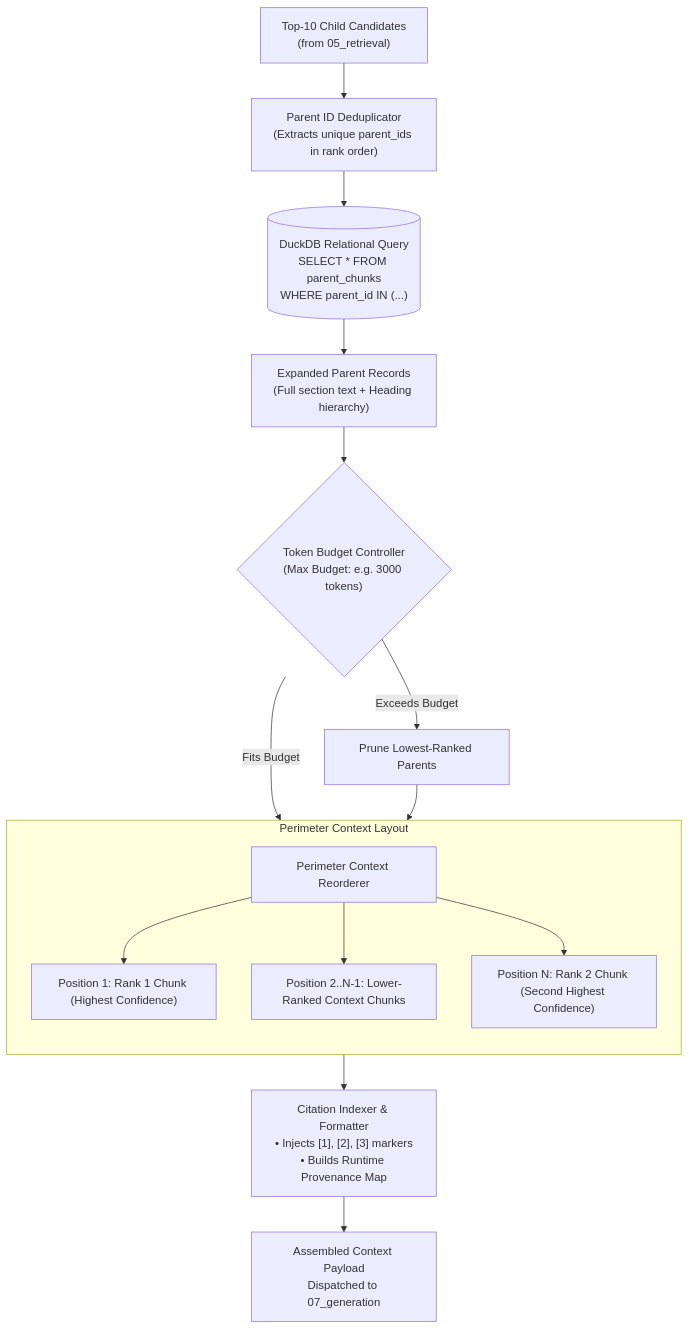
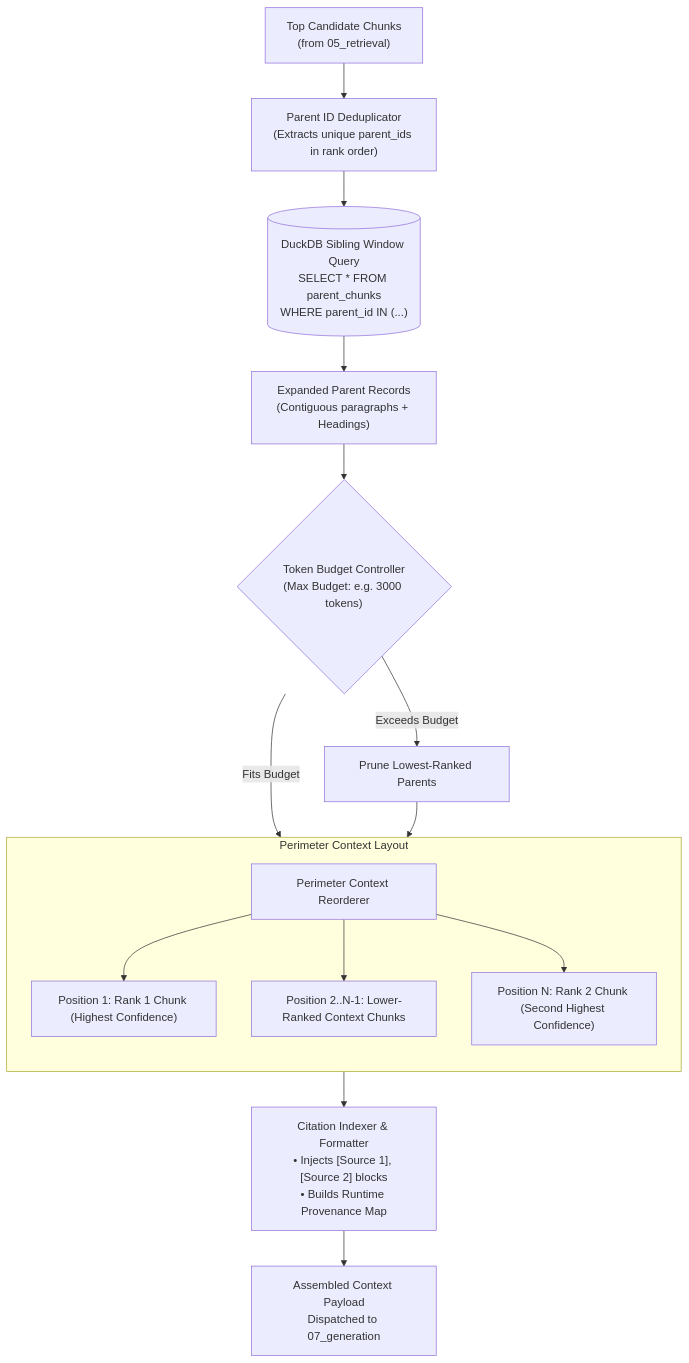
One commit to uehera/RAGnarok changed the diagram in notes/arc/06_context_assembly_and_expansion.md. Above: the diagram before and after it, drawn with Mermaid. The commit also changed other lines of this file and 14 other files, not shown here.

Commit message:
docs: overhaul setup guide, architectural blueprints, research reports, and main README

````diff
--- a/notes/arc/06_context_assembly_and_expansion.md
+++ b/notes/arc/06_context_assembly_and_expansion.md
@@ -26,21 +26,21 @@
 ```mermaid
 flowchart TD
-    CAND["Top-10 Child Candidates<br>(from 05_retrieval)"] --> DEDUP["Parent ID Deduplicator<br>(Extracts unique parent_ids in rank order)"]
+    CAND["Top Candidate Chunks<br>(from 05_retrieval)"] --> DEDUP["Parent ID Deduplicator<br>(Extracts unique parent_ids in rank order)"]
     
-    DEDUP --> DDB[("DuckDB Relational Query<br>SELECT * FROM parent_chunks<br>WHERE parent_id IN (...)")]
-    DDB --> PAR["Expanded Parent Records<br>(Full section text + Heading hierarchy)"]
+    DEDUP --> DDB[("DuckDB Sibling Window Query<br>SELECT * FROM parent_chunks<br>WHERE parent_id IN (...)")]
+    DDB --> PAR["Expanded Parent Records<br>(Contiguous paragraphs + Headings)"]
     
     PAR --> BUD{"Token Budget Controller<br>(Max Budget: e.g. 3000 tokens)"}
     BUD -- "Fits Budget" --> ORD["Perimeter Context Reorderer"]
     BUD -- "Exceeds Budget" --> TRUNC["Prune Lowest-Ranked Parents"] --> ORD
     
     subgraph PerimeterOrdering["Perimeter Context Layout"]
         direction TB
         ORD --> P_TOP["Position 1: Rank 1 Chunk (Highest Confidence)"]
         ORD --> P_MID["Position 2..N-1: Lower-Ranked Context Chunks"]
         ORD --> P_END["Position N: Rank 2 Chunk (Second Highest Confidence)"]
     end
     
-    PerimeterOrdering --> FORM["Citation Indexer & Formatter<br>• Injects [1], [2], [3] markers<br>• Builds Runtime Provenance Map"]
+    PerimeterOrdering --> FORM["Citation Indexer & Formatter<br>• Injects [Source 1], [Source 2] blocks<br>• Builds Runtime Provenance Map"]
     FORM --> OUT["Assembled Context Payload<br>Dispatched to 07_generation"]
 ```
````
